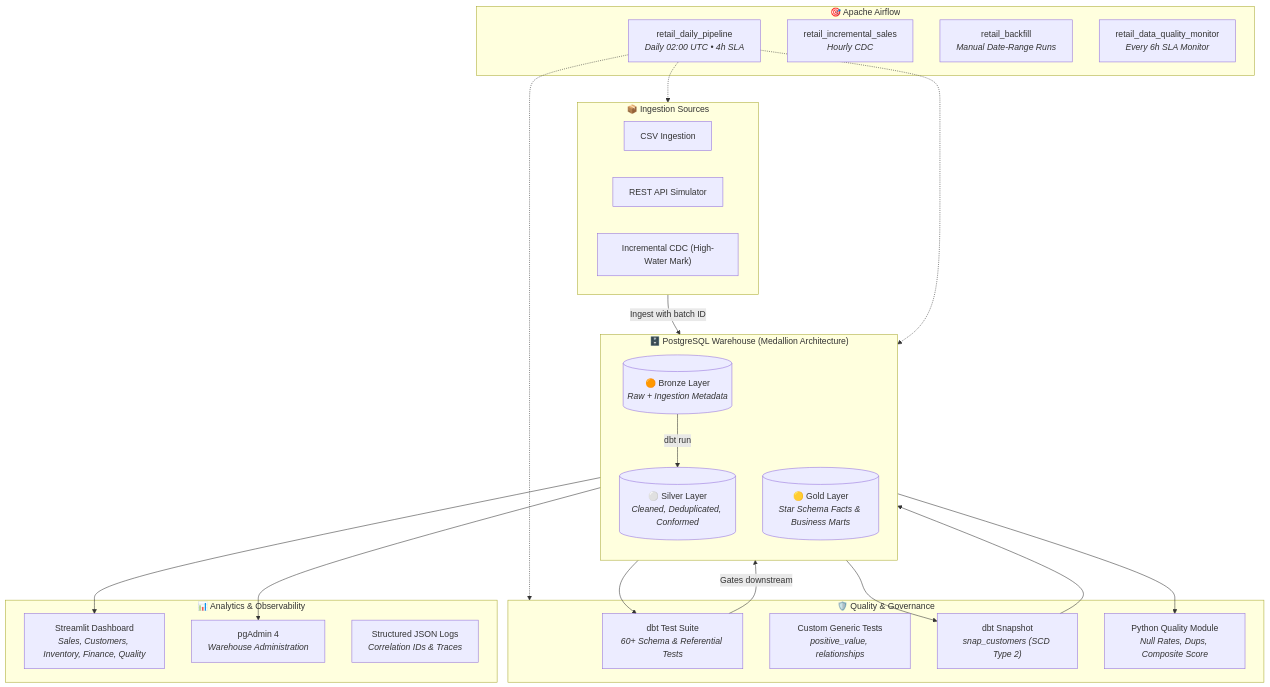
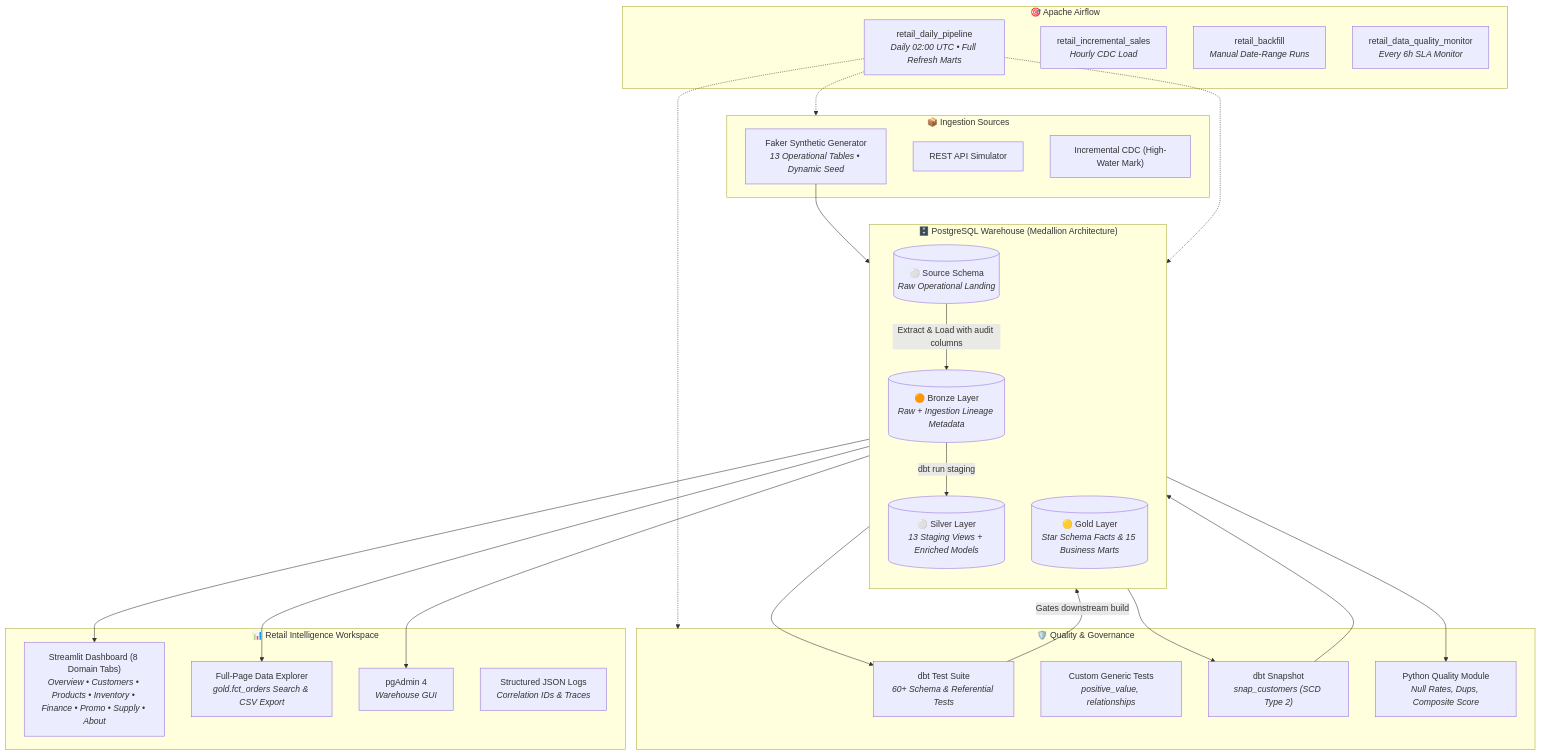
Before and after one commit to Goddex-123/retail-elt-pipeline: the diagram in README.md, drawn with Mermaid. The commit also changed other lines of this file and 2 other files, not shown here.

Commit message:
docs: comprehensive README overhaul, updated file tree, UI/UX architecture, and clean repository structure

````diff
--- a/README.md
+++ b/README.md
@@ -41,47 +42,51 @@
 ```mermaid
 flowchart TB
     subgraph Sources["📦 Ingestion Sources"]
-        CSV["CSV Ingestion"]
+        GEN["Faker Synthetic Generator<br/><i>13 Operational Tables • Dynamic Seed</i>"]
         API["REST API Simulator"]
         CDC["Incremental CDC (High-Water Mark)"]
     end
 
     subgraph Orchestration["🎯 Apache Airflow"]
-        DAG1["retail_daily_pipeline<br/><i>Daily 02:00 UTC • 4h SLA</i>"]
-        DAG2["retail_incremental_sales<br/><i>Hourly CDC</i>"]
+        DAG1["retail_daily_pipeline<br/><i>Daily 02:00 UTC • Full Refresh Marts</i>"]
+        DAG2["retail_incremental_sales<br/><i>Hourly CDC Load</i>"]
         DAG3["retail_backfill<br/><i>Manual Date-Range Runs</i>"]
         DAG4["retail_data_quality_monitor<br/><i>Every 6h SLA Monitor</i>"]
     end
 
     subgraph Warehouse["🗄️ PostgreSQL Warehouse (Medallion Architecture)"]
         direction TB
-        BRZ[("🟠 Bronze Layer<br/><i>Raw + Ingestion Metadata</i>")]
-        SLV[("⚪ Silver Layer<br/><i>Cleaned, Deduplicated, Conformed</i>")]
-        GLD[("🟡 Gold Layer<br/><i>Star Schema Facts & Business Marts</i>")]
+        SRC[("⚪ Source Schema<br/><i>Raw Operational Landing</i>")]
+        BRZ[("🟠 Bronze Layer<br/><i>Raw + Ingestion Lineage Metadata</i>")]
+        SLV[("⚪ Silver Layer<br/><i>13 Staging Views + Enriched Models</i>")]
+        GLD[("🟡 Gold Layer<br/><i>Star Schema Facts & 15 Business Marts</i>")]
     end
 
     subgraph Quality["🛡️ Quality & Governance"]
         DBT_TEST["dbt Test Suite<br/><i>60+ Schema & Referential Tests</i>"]
         CUSTOM_TEST["Custom Generic Tests<br/><i>positive_value, relationships</i>"]
         SCD2["dbt Snapshot<br/><i>snap_customers (SCD Type 2)</i>"]
         PY_QUAL["Python Quality Module<br/><i>Null Rates, Dups, Composite Score</i>"]
     end
 
-    subgraph Output["📊 Analytics & Observability"]
-        DASH["Streamlit Dashboard<br/><i>Sales, Customers, Inventory, Finance, Quality</i>"]
-        PGADMIN["pgAdmin 4<br/><i>Warehouse Administration</i>"]
+    subgraph Analytics["📊 Retail Intelligence Workspace"]
+        DASH["Streamlit Dashboard (8 Domain Tabs)<br/><i>Overview • Customers • Products • Inventory • Finance • Promo • Supply • About</i>"]
+        EXPLORER["Full-Page Data Explorer<br/><i>gold.fct_orders Search & CSV Export</i>"]
+        PGADMIN["pgAdmin 4<br/><i>Warehouse GUI</i>"]
         LOGS["Structured JSON Logs<br/><i>Correlation IDs & Traces</i>"]
     end
 
-    Sources -->|Ingest with batch ID| BRZ
-    BRZ -->|dbt run| SLV
+    GEN --> SRC
+    SRC -->|Extract & Load with audit columns| BRZ
+    BRZ -->|dbt run staging| SLV
     SLV --> DBT_TEST
-    DBT_TEST -->|Gates downstream| GLD
+    DBT_TEST -->|Gates downstream build| GLD
     SLV --> SCD2 --> GLD
     GLD --> PY_QUAL
     GLD --> DASH
+    GLD --> EXPLORER
     GLD --> PGADMIN
     DAG1 -.-> Sources
     DAG1 -.-> Warehouse
     DAG1 -.-> Quality
 ```
````
